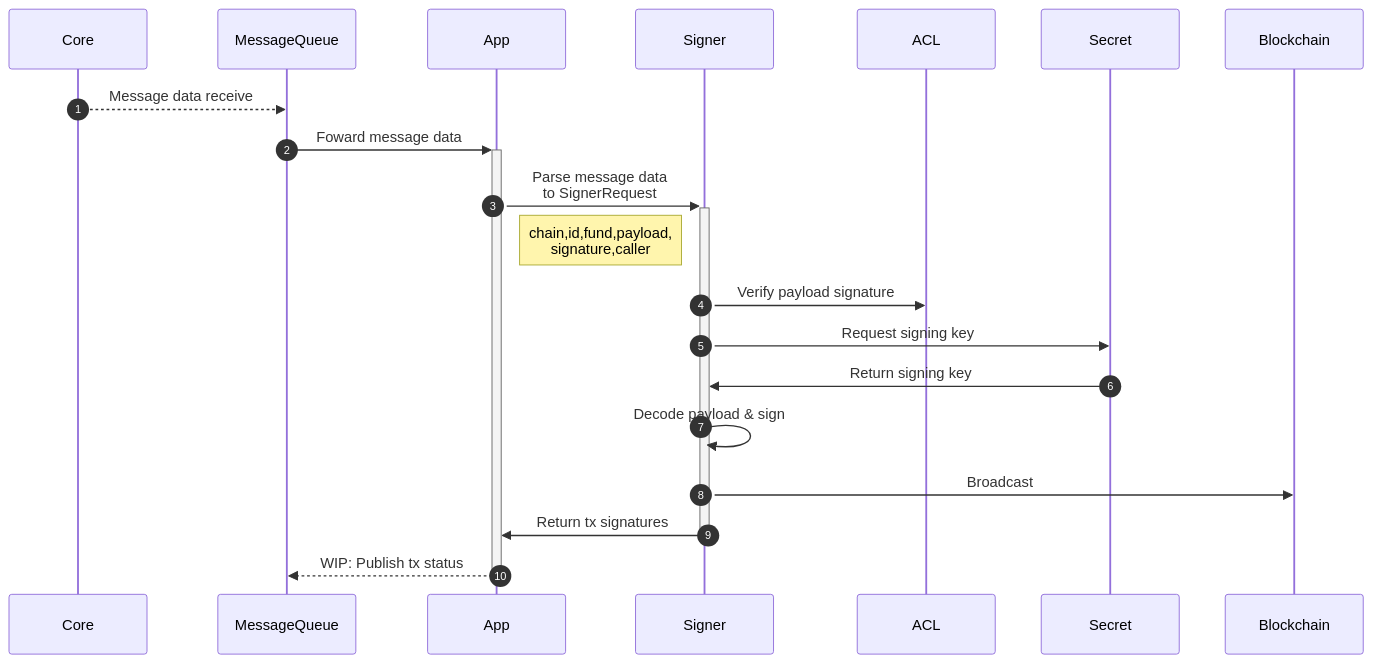
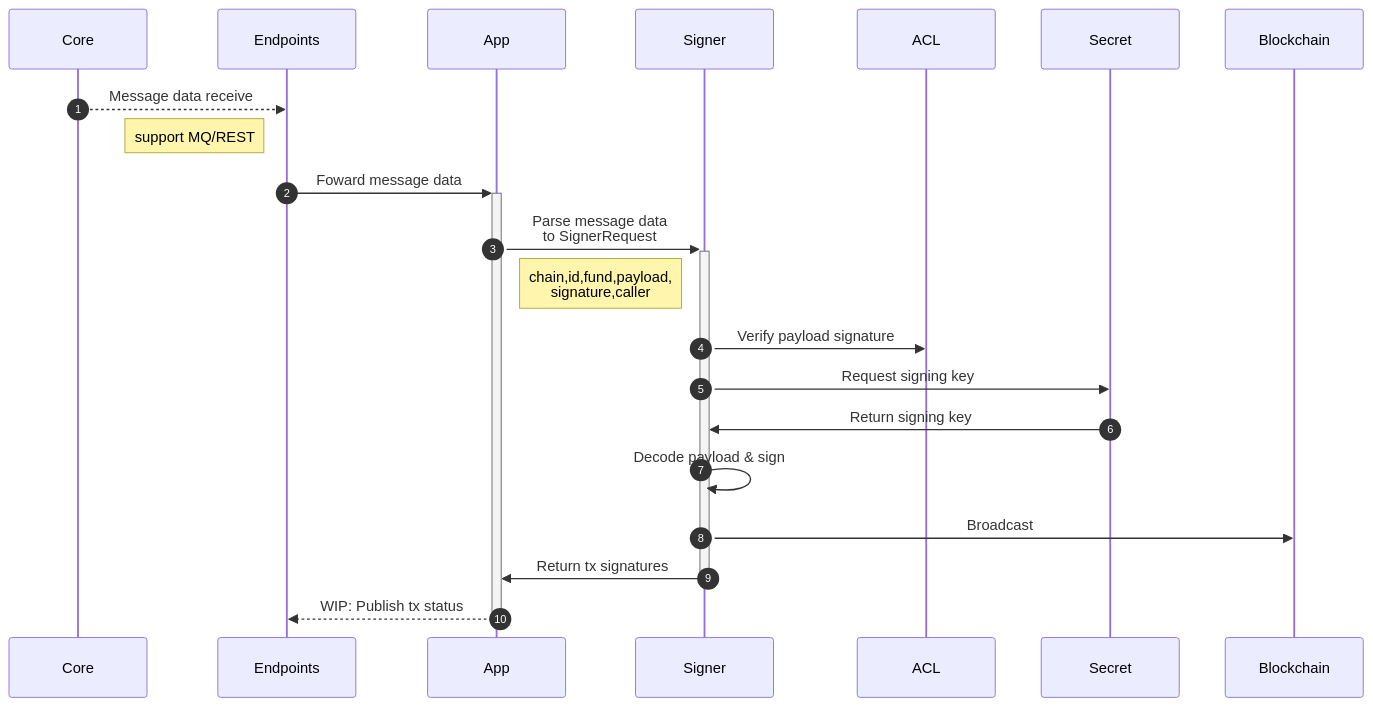
One commit to avareum/authenticator-rs-example changed the diagram in readme.md. Above: the diagram before and after it, drawn with Mermaid.

Commit message:
docs: doc updated

````diff
--- a/readme.md
+++ b/readme.md
@@ -9,15 +9,16 @@
 ```mermaid
 sequenceDiagram
     autonumber
-    Core-->>MessageQueue: Message data receive
-    MessageQueue->>+App: Foward message data
+    Core-->>Endpoints: Message data receive
+    Note left of Endpoints: support MQ/REST
+    Endpoints->>+App: Foward message data
     App->>+Signer: Parse message data <br/>to SignerRequest
     Note right of App: chain,id,fund,payload,<br/>signature,caller
     Signer->>ACL: Verify payload signature
     Signer->>Secret: Request signing key
     Secret->>Signer: Return signing key
     Signer->>Signer: Decode payload & sign
     Signer->>Blockchain: Broadcast
     Signer->>-App: Return tx signatures
-    App-->>-MessageQueue: WIP: Publish tx status
+    App-->>-Endpoints: WIP: Publish tx status
 ```
````
